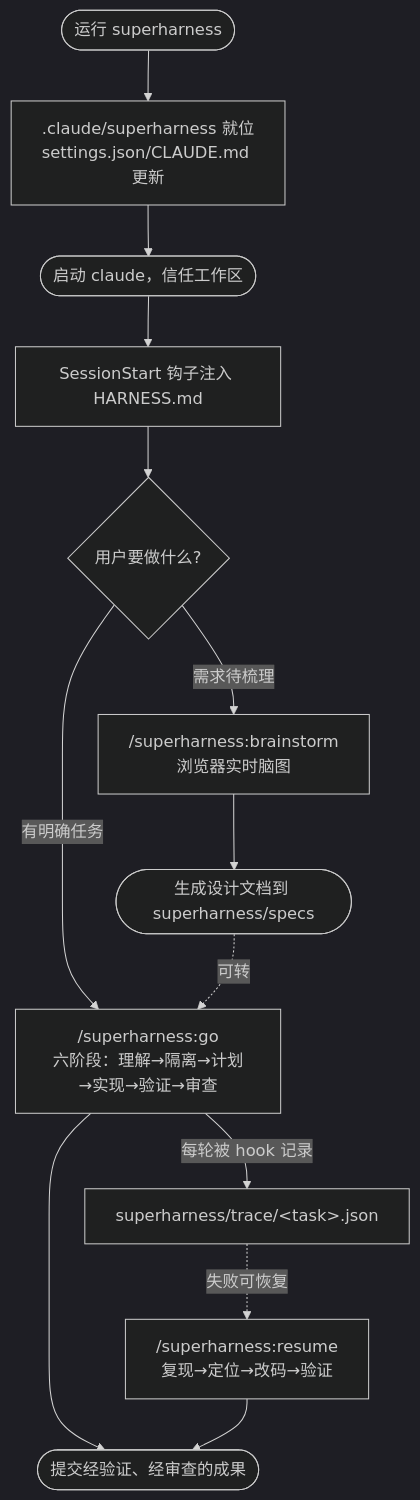
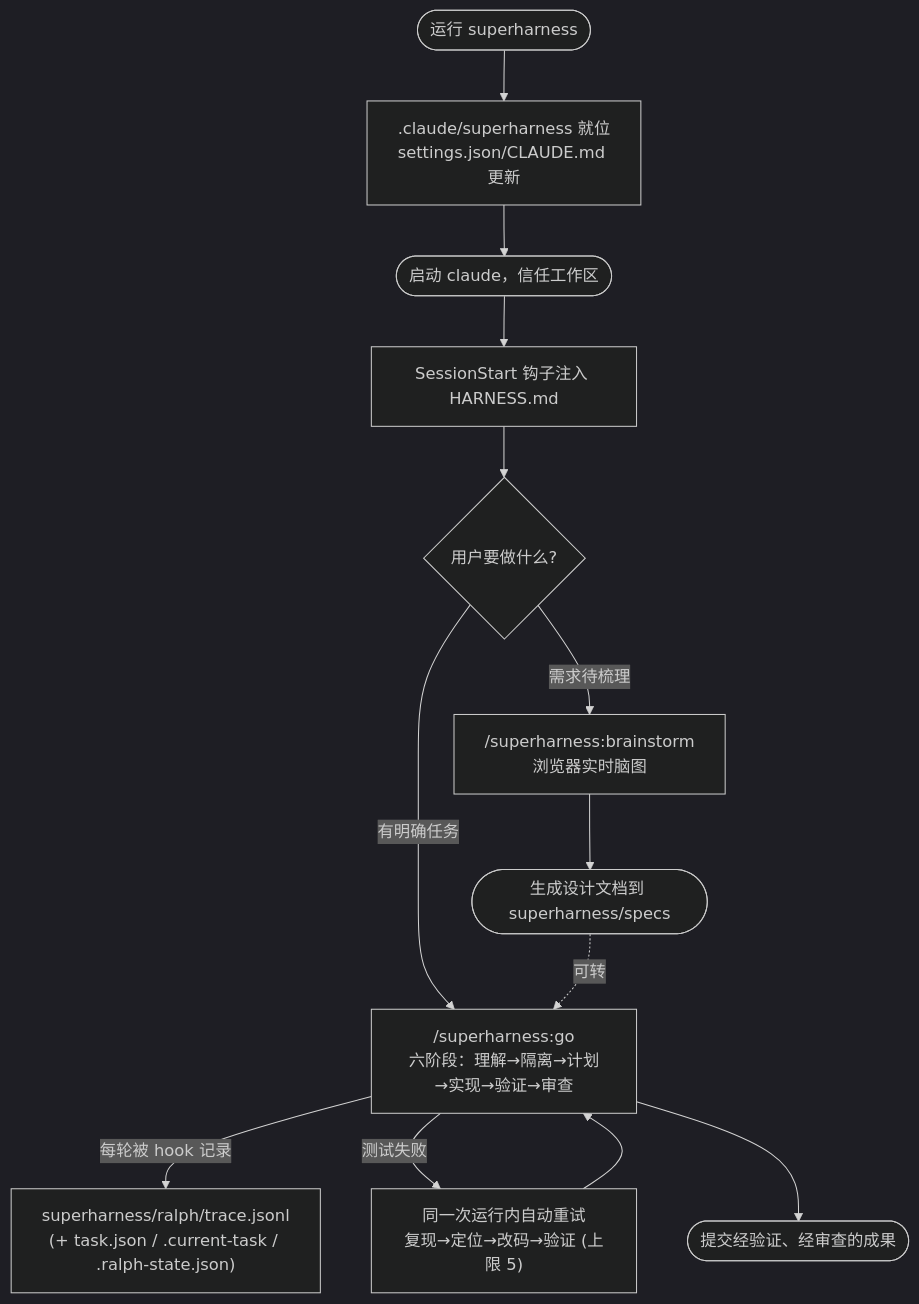
Before and after one commit to YachuanWzh/harness: diagram 13 of 13 in 技术方案文档.md, drawn with Mermaid (dark theme). The commit also changed other lines of this file and 1 other file, not shown here.

Commit message:
docs: describe go-on-ralph tracking + auto-retry; retire old trace/resume mechanism

````diff
--- a/技术方案文档.md
+++ b/技术方案文档.md
@@ -516,15 +502,15 @@
 ```mermaid
 flowchart TD
     A([运行 superharness]) --> B[".claude/superharness 就位<br/>settings.json/CLAUDE.md 更新"]
     B --> C([启动 claude，信任工作区])
     C --> D["SessionStart 钩子注入 HARNESS.md"]
     D --> E{用户要做什么?}
     E -->|有明确任务| F["/superharness:go<br/>六阶段：理解→隔离→计划→实现→验证→审查"]
     E -->|需求待梳理| G["/superharness:brainstorm<br/>浏览器实时脑图"]
-    F -->|每轮被 hook 记录| T["superharness/trace/&lt;task&gt;.json"]
+    F -->|每轮被 hook 记录| T["superharness/ralph/trace.jsonl<br/>(+ task.json / .current-task / .ralph-state.json)"]
+    F -->|测试失败| RS["同一次运行内自动重试<br/>复现→定位→改码→验证 (上限 5)"]
+    RS --> F
     F --> H([提交经验证、经审查的成果])
-    T -.失败可恢复.-> RS["/superharness:resume<br/>复现→定位→改码→验证"]
-    RS --> H
     G --> I([生成设计文档到 superharness/specs])
     I -.可转.-> F
 ```
````
